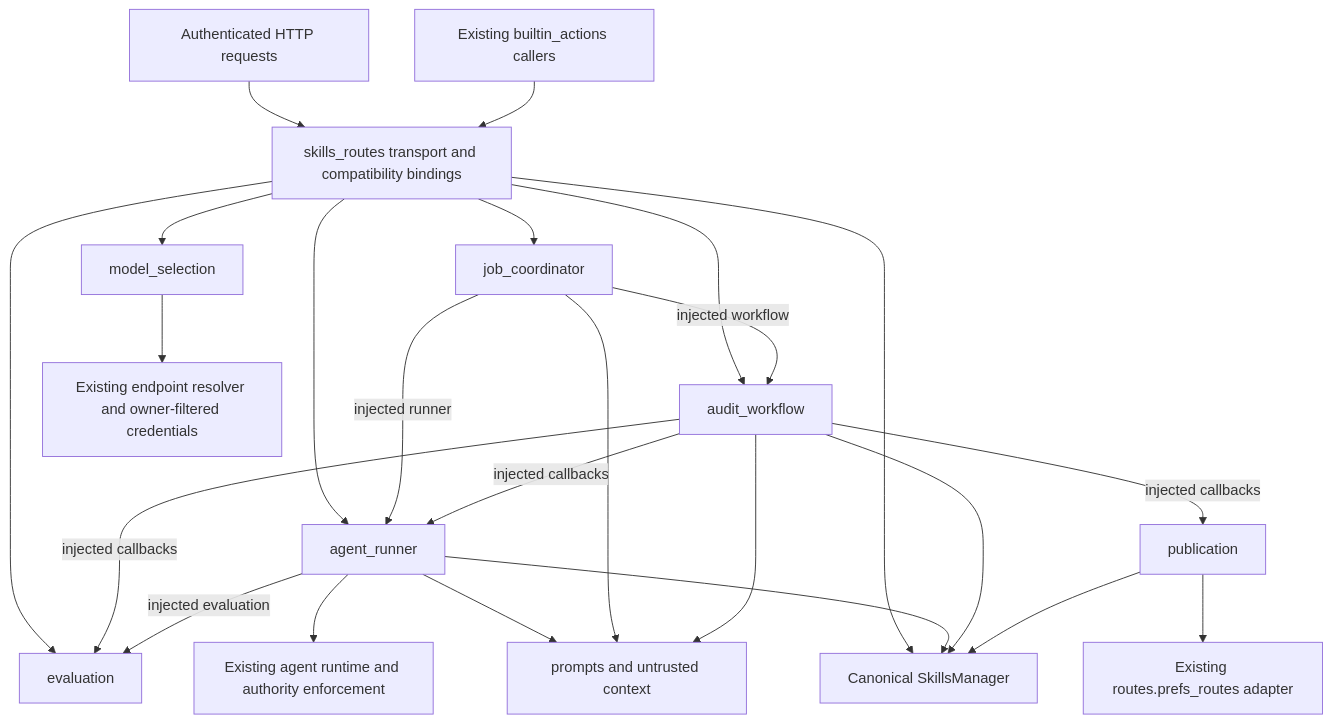
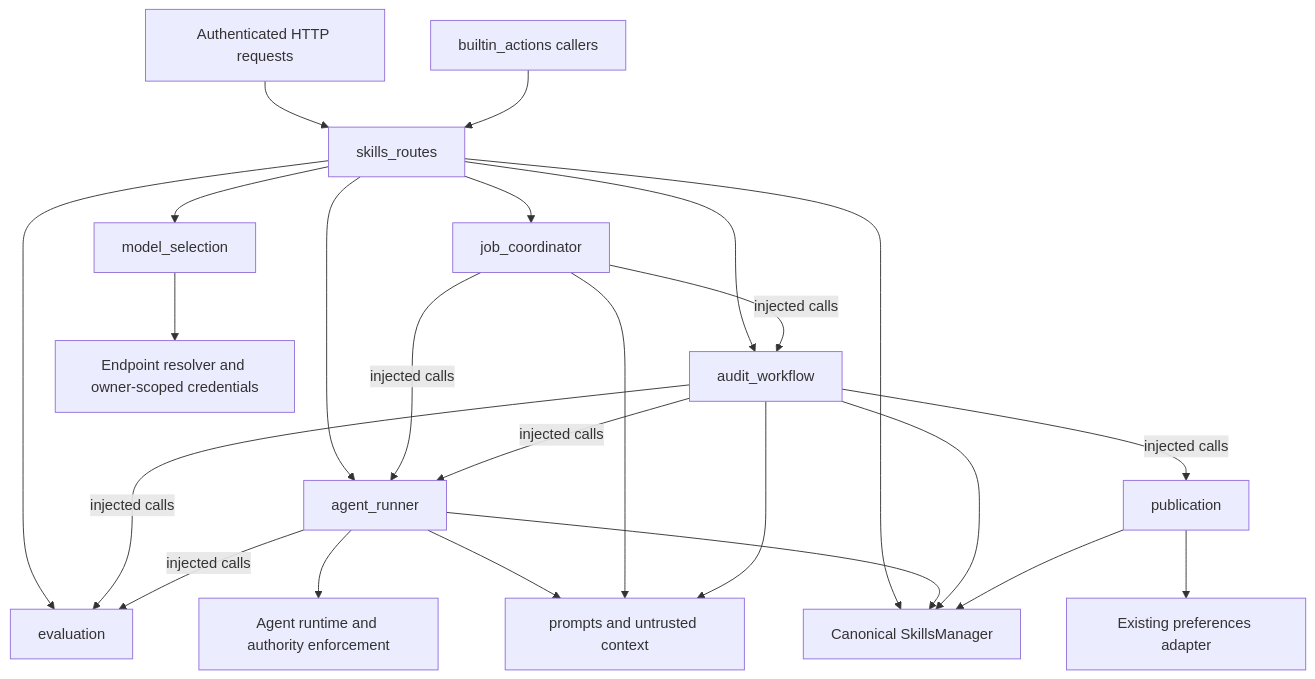
The diagram in docs/skills-audit-architecture.md (odysseus-dev/odysseus), drawn with Mermaid before and after one commit. The commit also changed other lines of this file and 9 other files, not shown here.

Commit message:
refactor(skills): address architecture review feedback

````diff
--- a/docs/skills-audit-architecture.md
+++ b/docs/skills-audit-architecture.md
@@ -162,26 +31,26 @@
 ```mermaid
 flowchart TD
-    HTTP[Authenticated HTTP requests] --> Routes[skills_routes transport and compatibility bindings]
-    Builtins[Existing builtin_actions callers] --> Routes
+    HTTP[Authenticated HTTP requests] --> Routes[skills_routes]
+    Builtins[builtin_actions callers] --> Routes
     Routes --> Jobs[job_coordinator]
     Routes --> Models[model_selection]
     Routes --> Evaluation[evaluation]
     Routes --> Runner[agent_runner]
     Routes --> Workflow[audit_workflow]
-    Jobs -->|injected runner| Runner
-    Jobs -->|injected workflow| Workflow
-    Workflow -->|injected callbacks| Runner
-    Workflow -->|injected callbacks| Evaluation
-    Workflow -->|injected callbacks| Publication[publication]
-    Runner -->|injected evaluation| Evaluation
-    Runner --> Agent[Existing agent runtime and authority enforcement]
+    Jobs -->|injected calls| Runner
+    Jobs -->|injected calls| Workflow
+    Workflow -->|injected calls| Runner
+    Workflow -->|injected calls| Evaluation
+    Workflow -->|injected calls| Publication[publication]
+    Runner -->|injected calls| Evaluation
+    Runner --> Runtime[Agent runtime and authority enforcement]
     Runner --> Prompts[prompts and untrusted context]
     Jobs --> Prompts
     Workflow --> Prompts
     Routes --> Manager[Canonical SkillsManager]
     Runner --> Manager
     Workflow --> Manager
     Publication --> Manager
-    Publication --> Preferences[Existing routes.prefs_routes adapter]
-    Models --> Resolver[Existing endpoint resolver and owner-filtered credentials]
+    Publication --> Preferences[Existing preferences adapter]
+    Models --> Resolver[Endpoint resolver and owner-scoped credentials]
 ```
````
